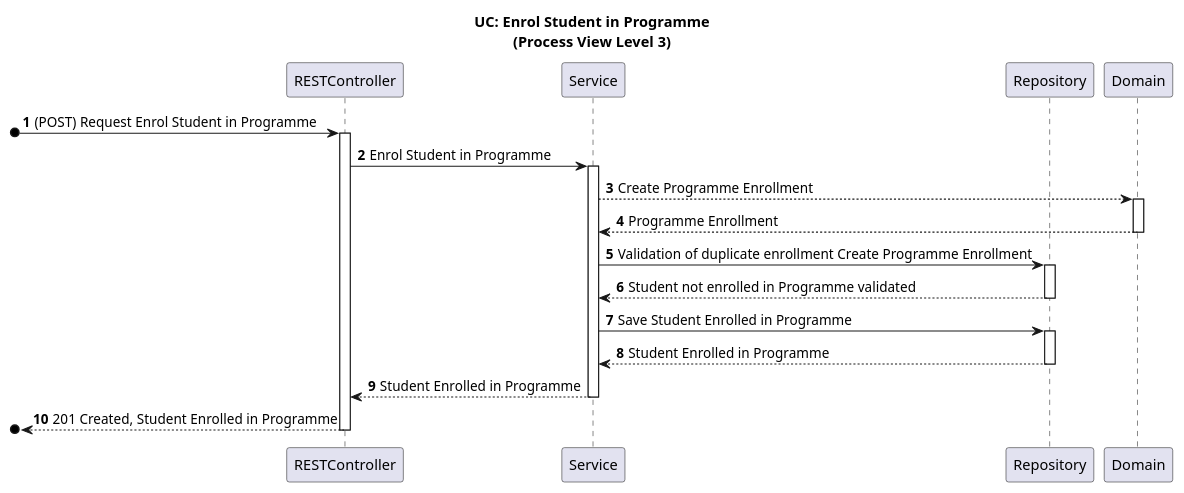
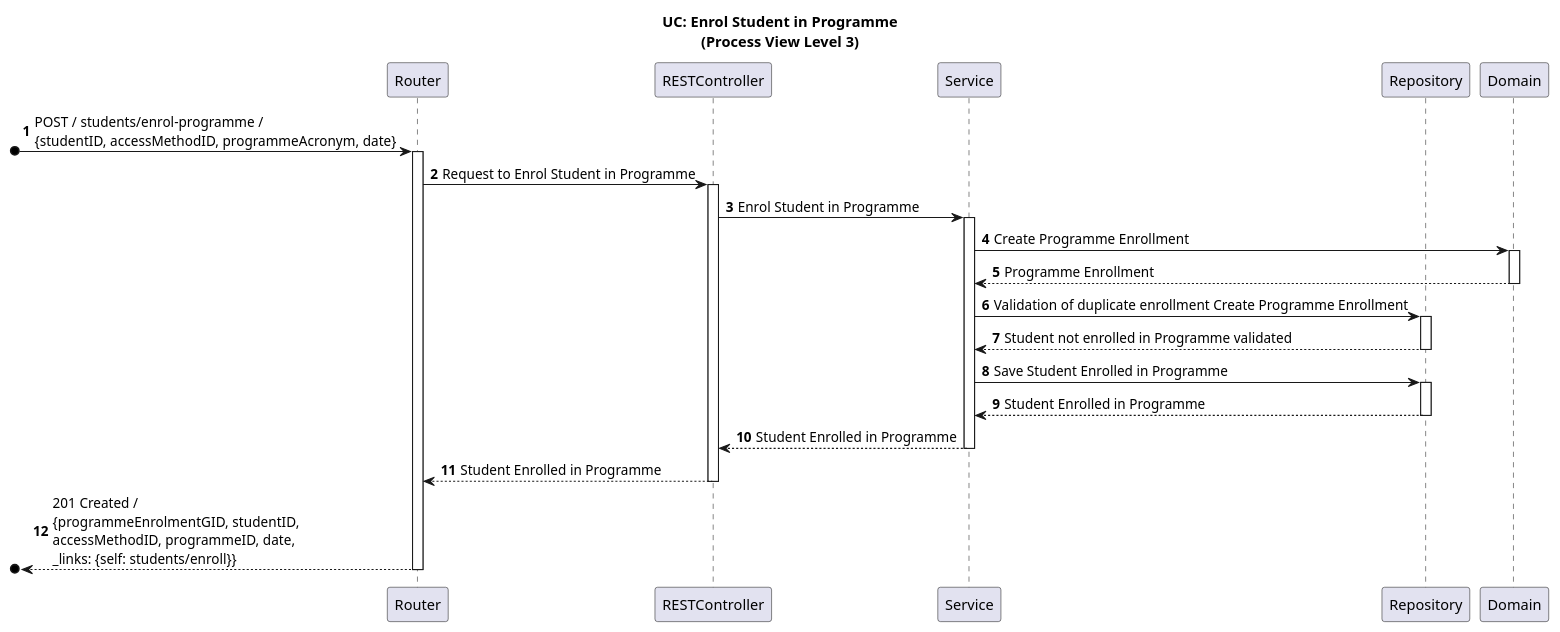
Before and after one commit to GasparISEP/DevOps-PAI: the diagram in docs/US09/ProcessView/level3Diagrams/level3REST.puml, drawn with PlantUML.

Commit message:
Updated Level 3 ProcessView SD for US09/33 REF #783

```diff
--- a/docs/US09/ProcessView/level3Diagrams/level3REST.puml
+++ b/docs/US09/ProcessView/level3Diagrams/level3REST.puml
@@ -1,36 +1,27 @@
 @startuml
-
 title UC: Enrol Student in Programme\n(Process View Level 3)
 autonumber
 
+participant "Router" as RO
 participant "RESTController" as RC
 participant "Service" as S
 participant "Repository" as R
 participant "Domain" as D
 
-[o-> RC: (POST) Request Enrol Student in Programme
-activate RC
-RC -> S: Enrol Student in Programme
-activate S
-S --> D: Create Programme Enrollment
-activate D
-D --> S: Programme Enrollment
-deactivate D
+[o-> RO ++: POST / students/enrol-programme /\n{studentID, accessMethodID, programmeAcronym, date}\t
+RO -> RC++: Request to Enrol Student in Programme
+RC -> S++: Enrol Student in Programme
+S -> D++: Create Programme Enrollment
+D --> S--: Programme Enrollment
 
-S -> R: Validation of duplicate enrollment Create Programme Enrollment
-activate R
-R --> S: Student not enrolled in Programme validated
-deactivate R
+S -> R++: Validation of duplicate enrollment Create Programme Enrollment
+R --> S--: Student not enrolled in Programme validated
 
+S -> R++: Save Student Enrolled in Programme
+R --> S--: Student Enrolled in Programme
+S --> RC--: Student Enrolled in Programme
 
-
-S -> R: Save Student Enrolled in Programme
-activate R
-R --> S: Student Enrolled in Programme
-deactivate R
-S --> RC: Student Enrolled in Programme
-deactivate S
-[o<-- RC: 201 Created, Student Enrolled in Programme
-deactivate RC
+RO <-- RC--: Student Enrolled in Programme
+[o<-- RO --:201 Created /\n{programmeEnrolmentGID, studentID,\naccessMethodID, programmeID, date,\n_links: {self: students/enroll}}
 
 @enduml
```
